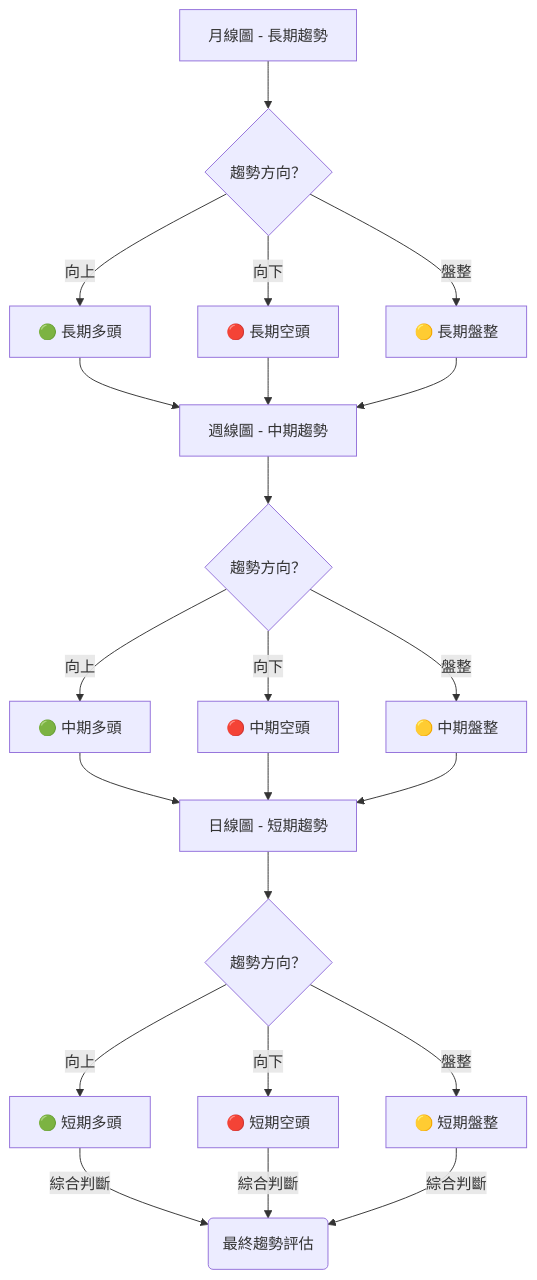
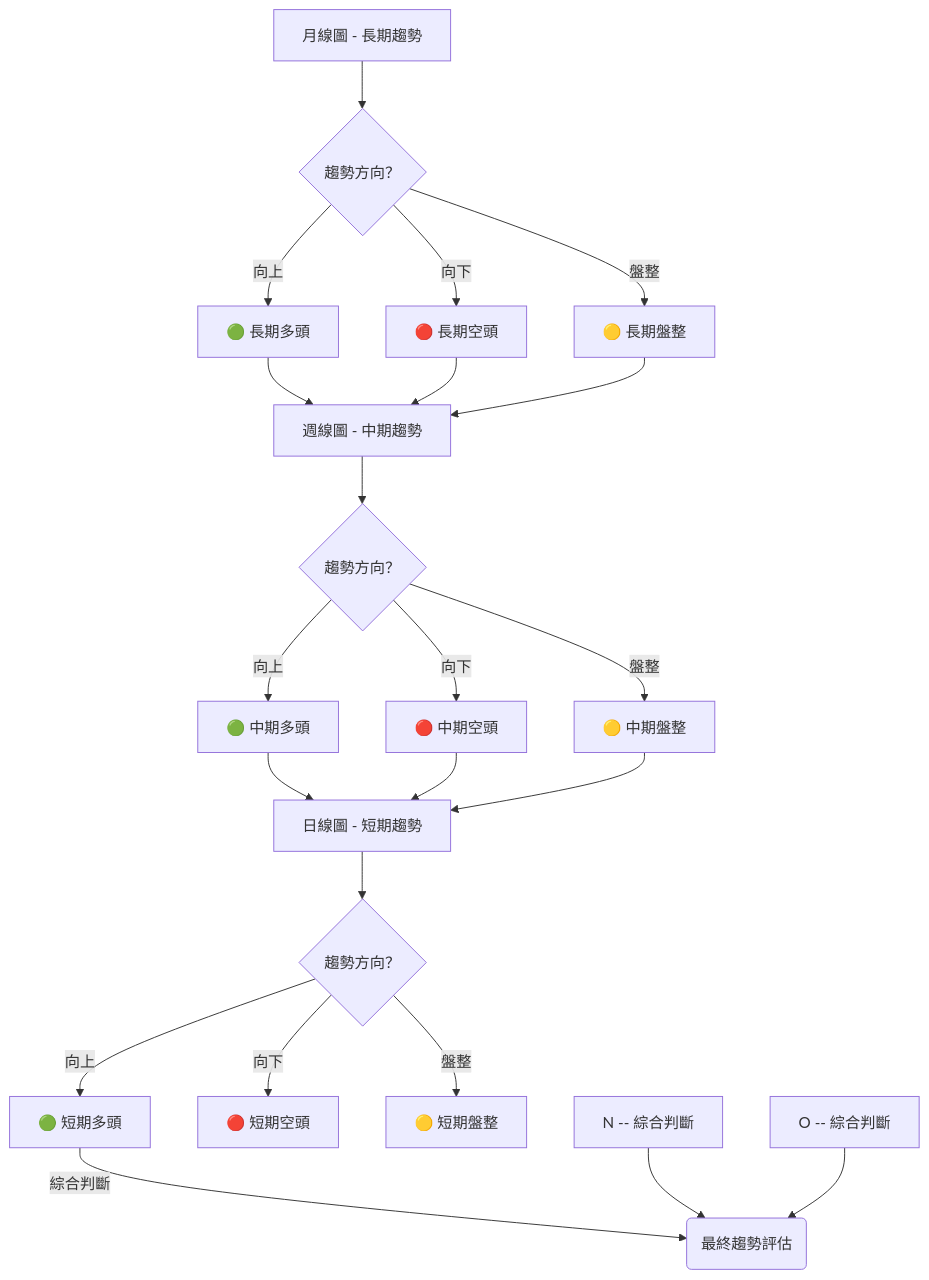
Before and after one commit to yennanliu/finance_data: the second of 7 diagrams in ai_gen_report/stock/0050/technical_analysis_2026-05-25_gemini.md, drawn with Mermaid. The commit also changed other lines of this file and 2258 other files, not shown here.

First line of the commit message:
chore: backfill Mermaid syntax repair across existing reports

````diff
--- a/ai_gen_report/stock/0050/technical_analysis_2026-05-25_gemini.md
+++ b/ai_gen_report/stock/0050/technical_analysis_2026-05-25_gemini.md
@@ -113,29 +113,29 @@
 ```mermaid
 graph TD
-    A[月線圖 - 長期趨勢] --> B{趨勢方向？}
-    B -- 向上 --> C[🟢 長期多頭]
-    B -- 向下 --> D[🔴 長期空頭]
-    B -- 盤整 --> E[🟡 長期盤整]
+    A["月線圖 - 長期趨勢"] --> B{"趨勢方向？"}
+    B -- 向上 --> C["🟢 長期多頭"]
+    B -- 向下 --> D["🔴 長期空頭"]
+    B -- 盤整 --> E["🟡 長期盤整"]
 
-    C --> F[週線圖 - 中期趨勢]
+    C --> F["週線圖 - 中期趨勢"]
     D --> F
     E --> F
 
-    F --> G{趨勢方向？}
-    G -- 向上 --> H[🟢 中期多頭]
-    G -- 向下 --> I[🔴 中期空頭]
-    G -- 盤整 --> J[🟡 中期盤整]
+    F --> G{"趨勢方向？"}
+    G -- 向上 --> H["🟢 中期多頭"]
+    G -- 向下 --> I["🔴 中期空頭"]
+    G -- 盤整 --> J["🟡 中期盤整"]
 
-    H --> K[日線圖 - 短期趨勢]
+    H --> K["日線圖 - 短期趨勢"]
     I --> K
     J --> K
 
-    K --> L{趨勢方向？}
-    L -- 向上 --> M[🟢 短期多頭]
-    L -- 向下 --> N[🔴 短期空頭]
-    L -- 盤整 --> O[🟡 短期盤整]
+    K --> L{"趨勢方向？"}
+    L -- 向上 --> M["🟢 短期多頭"]
+    L -- 向下 --> N["🔴 短期空頭"]
+    L -- 盤整 --> O["🟡 短期盤整"]
 
-    M -- 綜合判斷 --> P(最終趨勢評估)
-    N -- 綜合判斷 --> P
-    O -- 綜合判斷 --> P
+    M -- 綜合判斷 --> P("最終趨勢評估")
+    nb1["N -- 綜合判斷"] --> P
+    nb2["O -- 綜合判斷"] --> P
 ```
````
